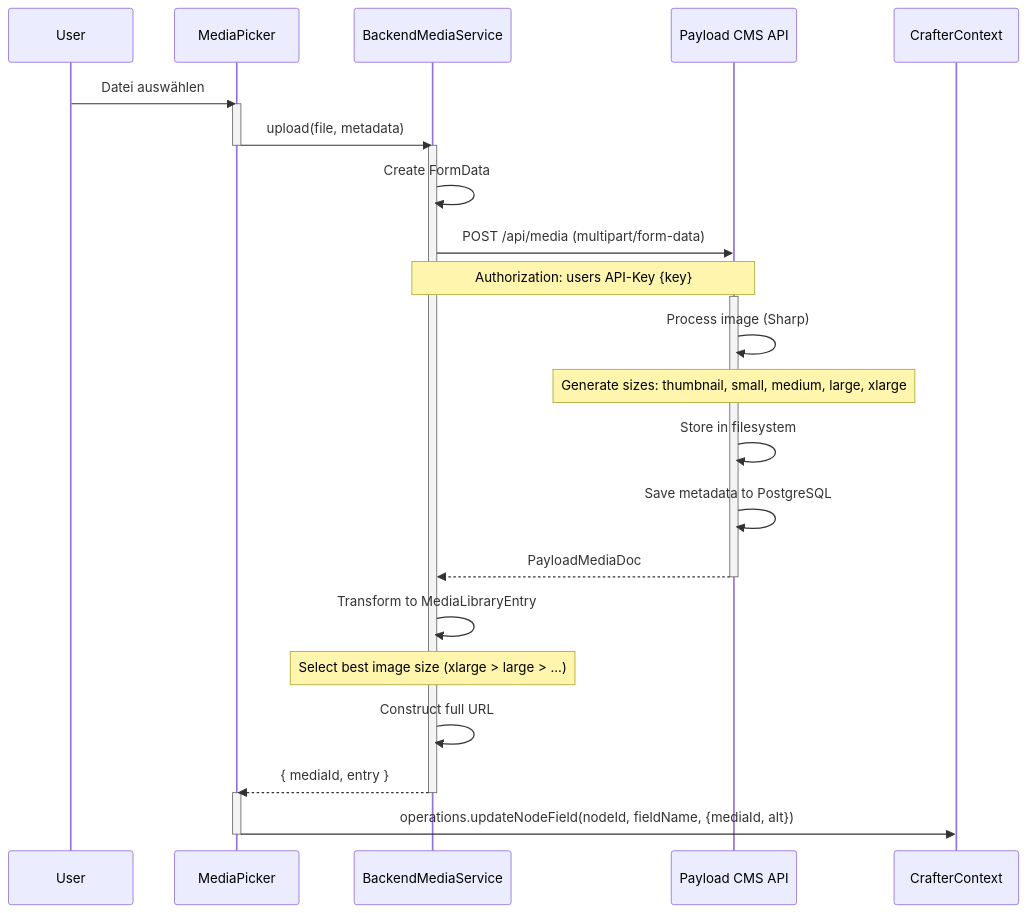
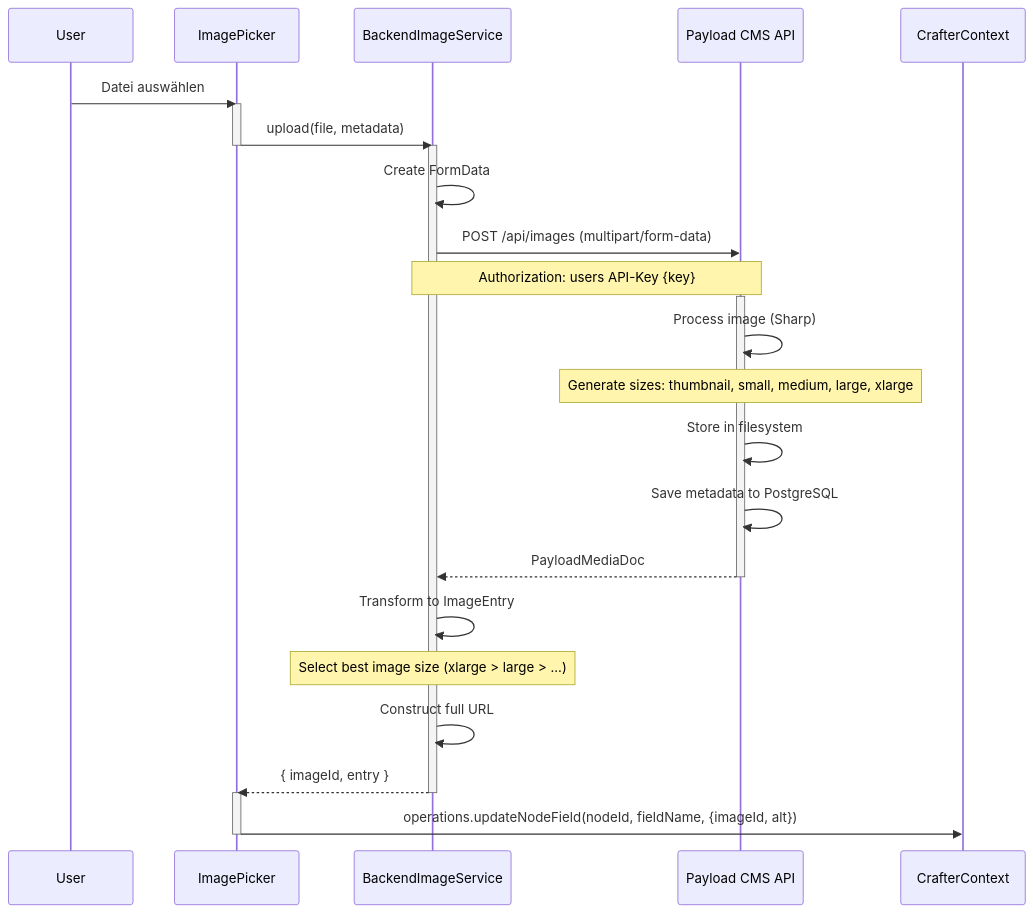
One commit to mainzcript/ujl changed the seventh of 12 diagrams in apps/docs/src/arc42/06-runtime-view.md. Above: the diagram before and after it, drawn with Mermaid. The commit also changed other lines of this file and 11 other files, not shown here.

Commit message:
refactor: rename media terminology to image across documentation and update related configurations

````diff
--- a/apps/docs/src/arc42/06-runtime-view.md
+++ b/apps/docs/src/arc42/06-runtime-view.md
@@ -520,37 +520,37 @@
 ```mermaid
 sequenceDiagram
     participant User as User
-    participant Picker as MediaPicker
-    participant Service as BackendMediaService
+    participant Picker as ImagePicker
+    participant Service as BackendImageService
     participant API as Payload CMS API
     participant Context as CrafterContext
 
     User->>Picker: Datei auswählen
     activate Picker
     Picker->>Service: upload(file, metadata)
     deactivate Picker
 
     activate Service
     Service->>Service: Create FormData
-    Service->>API: POST /api/media (multipart/form-data)
+    Service->>API: POST /api/images (multipart/form-data)
     Note over Service,API: Authorization: users API-Key {key}
 
     activate API
     API->>API: Process image (Sharp)
     Note over API: Generate sizes: thumbnail, small, medium, large, xlarge
     API->>API: Store in filesystem
     API->>API: Save metadata to PostgreSQL
     API-->>Service: PayloadMediaDoc
     deactivate API
 
-    Service->>Service: Transform to MediaLibraryEntry
+    Service->>Service: Transform to ImageEntry
     Note over Service: Select best image size (xlarge > large > ...)
     Service->>Service: Construct full URL
 
-    Service-->>Picker: { mediaId, entry }
+    Service-->>Picker: { imageId, entry }
     deactivate Service
 
     activate Picker
-    Picker->>Context: operations.updateNodeField(nodeId, fieldName, {mediaId, alt})
+    Picker->>Context: operations.updateNodeField(nodeId, fieldName, {imageId, alt})
     deactivate Picker
 ```
````
